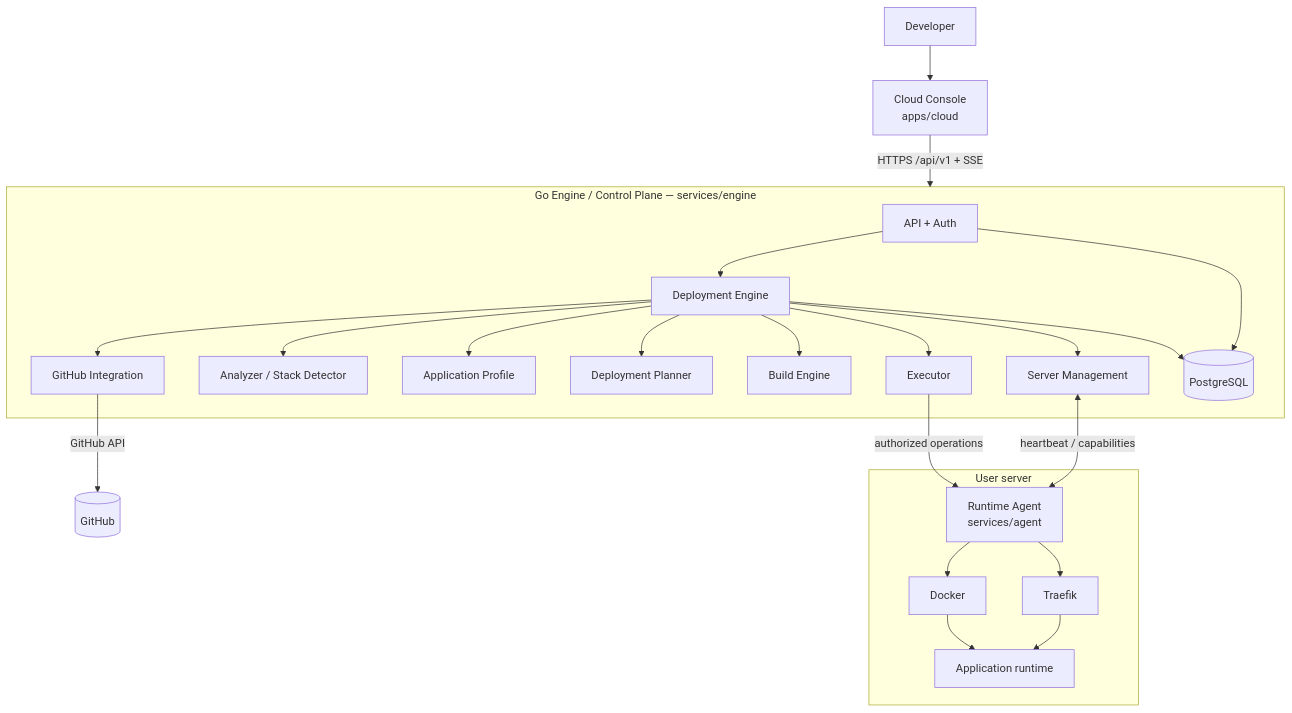
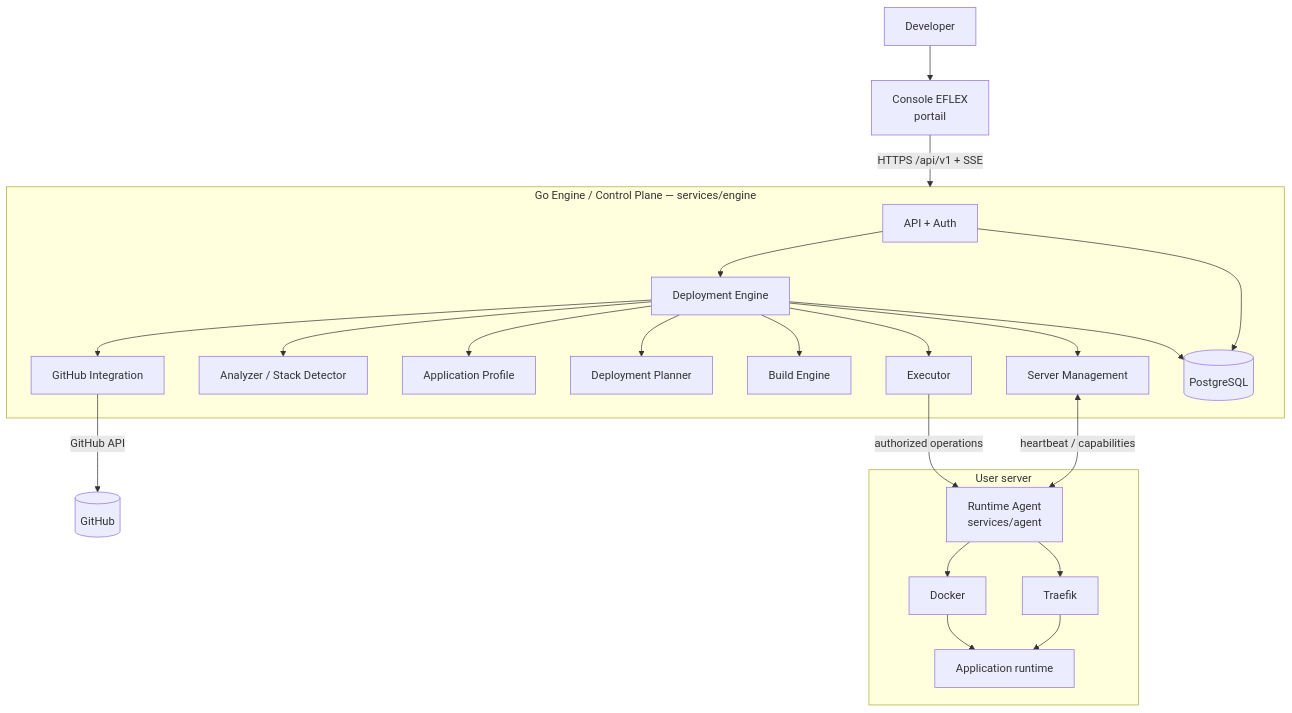
Before and after one commit to digitaleflex/eflex.app: the first of 2 diagrams in docs/architecture/overview.md, drawn with Mermaid. The commit also changed other lines of this file and 14 other files, not shown here.

Commit message:
docs: ADR, roadmap, audit accessibilité et état des issues

````diff
--- a/docs/architecture/overview.md
+++ b/docs/architecture/overview.md
@@ -30,29 +30,29 @@
 ```mermaid
 flowchart TD
-  Dev[Developer] --> Console[Cloud Console<br/>apps/cloud]
+  Dev[Developer] --> Console[Console EFLEX<br/>portail]
   Console -->|HTTPS /api/v1 + SSE| Engine
 
   subgraph Engine[Go Engine / Control Plane — services/engine]
     API[API + Auth] --> DE[Deployment Engine]
     DE --> GH[GitHub Integration]
     DE --> AN[Analyzer / Stack Detector]
     DE --> PR[Application Profile]
     DE --> PL[Deployment Planner]
     DE --> BU[Build Engine]
     DE --> EX[Executor]
     DE --> SV[Server Management]
     API --> DB[(PostgreSQL)]
     DE --> DB
   end
 
   GH -->|GitHub API| GitHub[(GitHub)]
   EX -->|authorized operations| Agent
   SV <-->|heartbeat / capabilities| Agent
 
   subgraph Server[User server]
     Agent[Runtime Agent<br/>services/agent] --> Docker[Docker]
     Agent --> Traefik[Traefik]
     Traefik --> App[Application runtime]
     Docker --> App
   end
 ```
````
